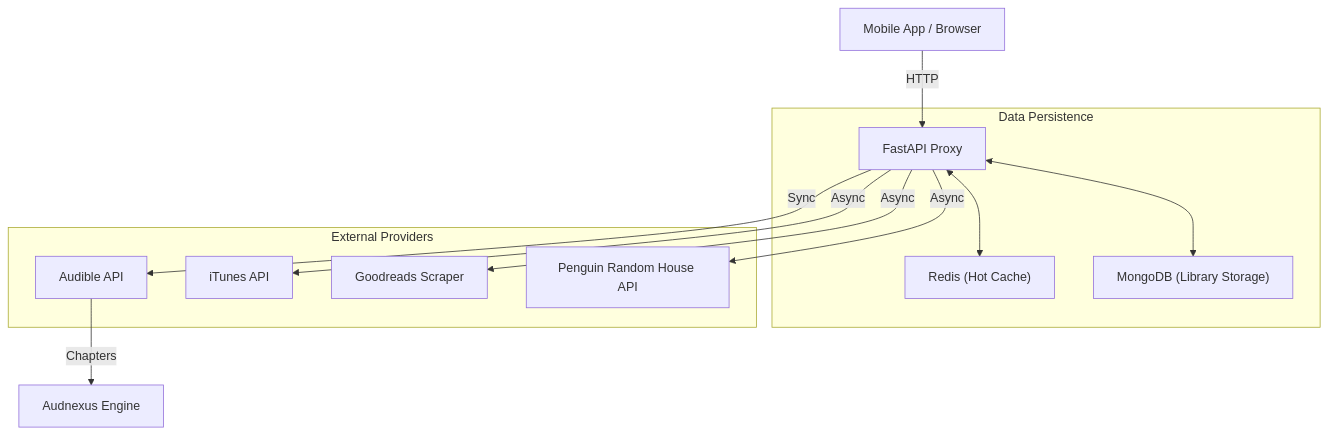
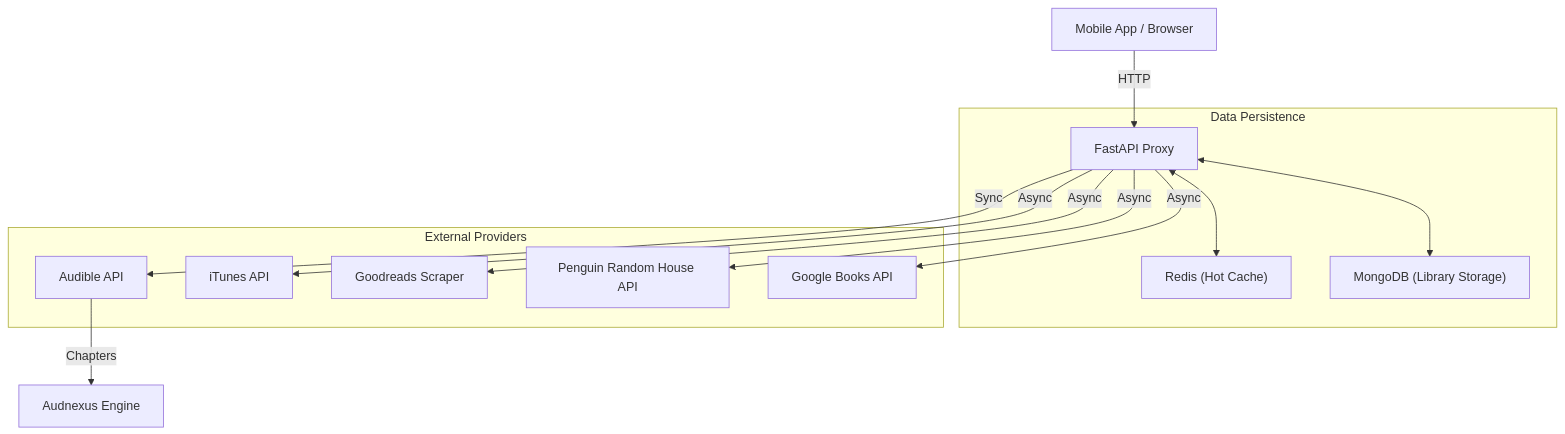
Before and after one commit to nreexy/abackend: the diagram in README.md, drawn with Mermaid. The commit also changed other lines of this file, not shown here.

Commit message:
feat: Add Google Books as a supported metadata source and update documentation

````diff
--- a/README.md
+++ b/README.md
@@ -127,18 +127,19 @@
 ```mermaid
 graph TD
     Client["Mobile App / Browser"] -->|HTTP| Proxy["FastAPI Proxy"]
     
     subgraph "Data Persistence"
         Proxy <--> Redis["Redis (Hot Cache)"]
         Proxy <--> Mongo["MongoDB (Library Storage)"]
     end
     
     subgraph "External Providers"
         Proxy -->|Sync| Audible["Audible API"]
         Proxy -->|Async| iTunes["iTunes API"]
         Proxy -->|Async| Goodreads["Goodreads Scraper"]
         Proxy -->|Async| PRH["Penguin Random House API"]
+        Proxy -->|Async| GoogleBooks["Google Books API"]
     end
     
     Audible -->|Chapters| Audnexus["Audnexus Engine"]
 ```
````
